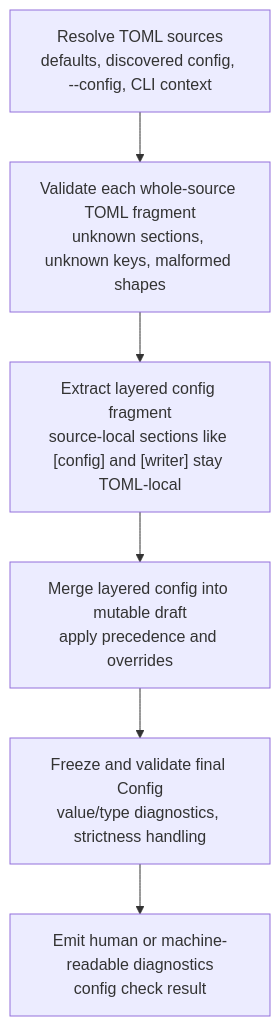
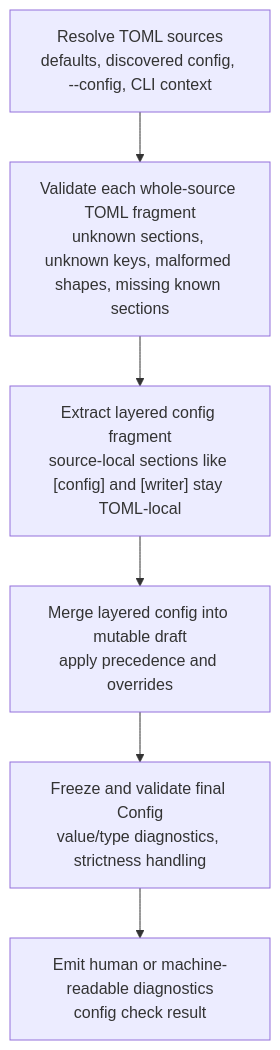
Before and after one commit to shutterfreak/topmark: the diagram in docs/usage/commands/config/check.md, drawn with Mermaid. The commit also changed other lines of this file and 6 other files, not shown here.

````diff
--- a/docs/usage/commands/config/check.md
+++ b/docs/usage/commands/config/check.md
@@ -126,11 +126,11 @@
 ```mermaid
 flowchart TD
     A["Resolve TOML sources<br/>defaults, discovered config, --config, CLI context"]
-    B["Validate each whole-source TOML fragment<br/>unknown sections, unknown keys, malformed shapes"]
+    B["Validate each whole-source TOML fragment<br/>unknown sections, unknown keys, malformed shapes, missing known sections"]
     C["Extract layered config fragment<br/>source-local sections like [config] and [writer] stay TOML-local"]
     D["Merge layered config into mutable draft<br/>apply precedence and overrides"]
     E["Freeze and validate final Config<br/>value/type diagnostics, strictness handling"]
     F["Emit human or machine-readable diagnostics<br/>config check result"]
 
     A --> B --> C --> D --> E --> F
 ```
````
